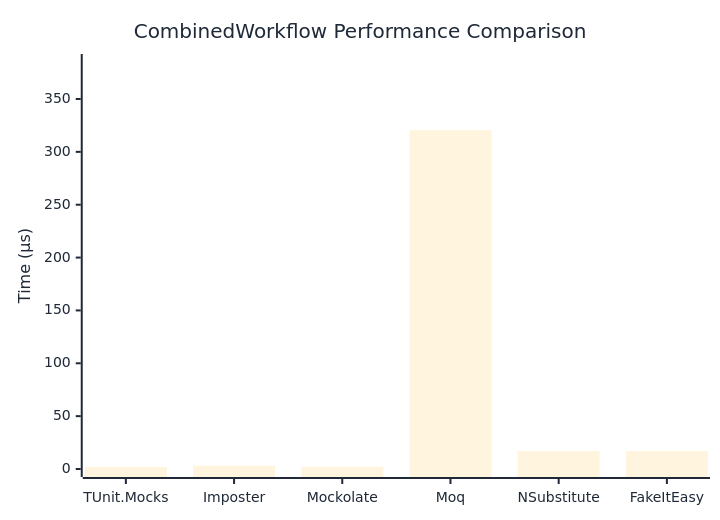
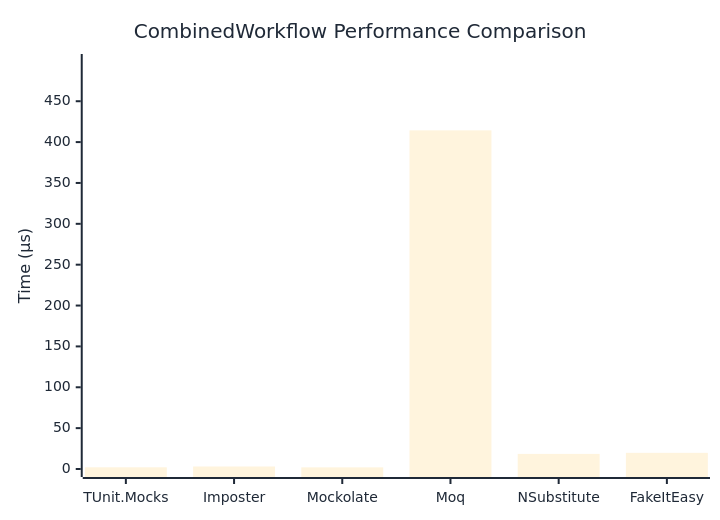
One commit to thomhurst/TUnit changed the diagram in docs/docs/benchmarks/mocks/CombinedWorkflow.md. Above: the diagram before and after it, drawn with Mermaid. The commit also changed other lines of this file and 14 other files, not shown here.

````diff
--- a/docs/docs/benchmarks/mocks/CombinedWorkflow.md
+++ b/docs/docs/benchmarks/mocks/CombinedWorkflow.md
@@ -30,27 +30,27 @@
 ```mermaid
 %%{init: {
   'theme':'base',
   'themeVariables': {
     'primaryColor': '#2563eb',
     'primaryTextColor': '#1f2937',
     'primaryBorderColor': '#1e40af',
     'lineColor': '#6b7280',
     'secondaryColor': '#7c3aed',
     'tertiaryColor': '#dc2626',
     'background': '#ffffff',
     'pie1': '#2563eb',
     'pie2': '#7c3aed',
     'pie3': '#dc2626',
     'pie4': '#f59e0b',
     'pie5': '#10b981',
     'pie6': '#06b6d4',
     'pie7': '#ec4899',
     'pie8': '#6366f1'
   }
 }}%%
 xychart-beta
   title "CombinedWorkflow Performance Comparison"
   x-axis ["TUnit.Mocks", "Imposter", "Mockolate", "Moq", "NSubstitute", "FakeItEasy"]
-  y-axis "Time (μs)" 0 --> 385
-  bar [2.038, 3.131, 2.05, 320.539, 16.892, 17.075]
+  y-axis "Time (μs)" 0 --> 498
+  bar [2.066, 3.07, 2.019, 414.368, 18.481, 19.779]
 ```
````
